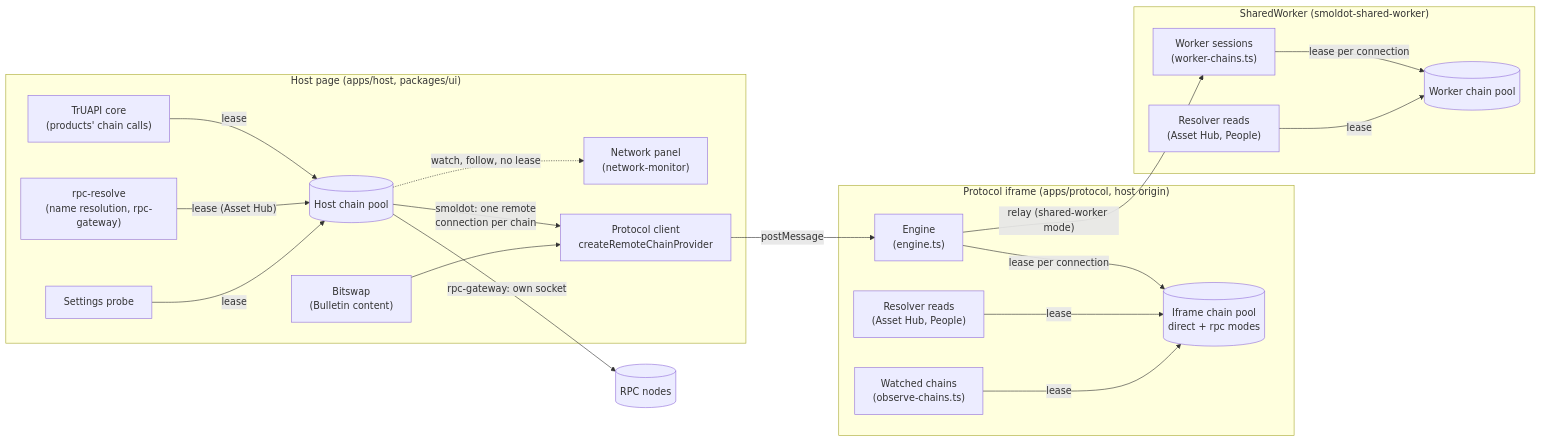
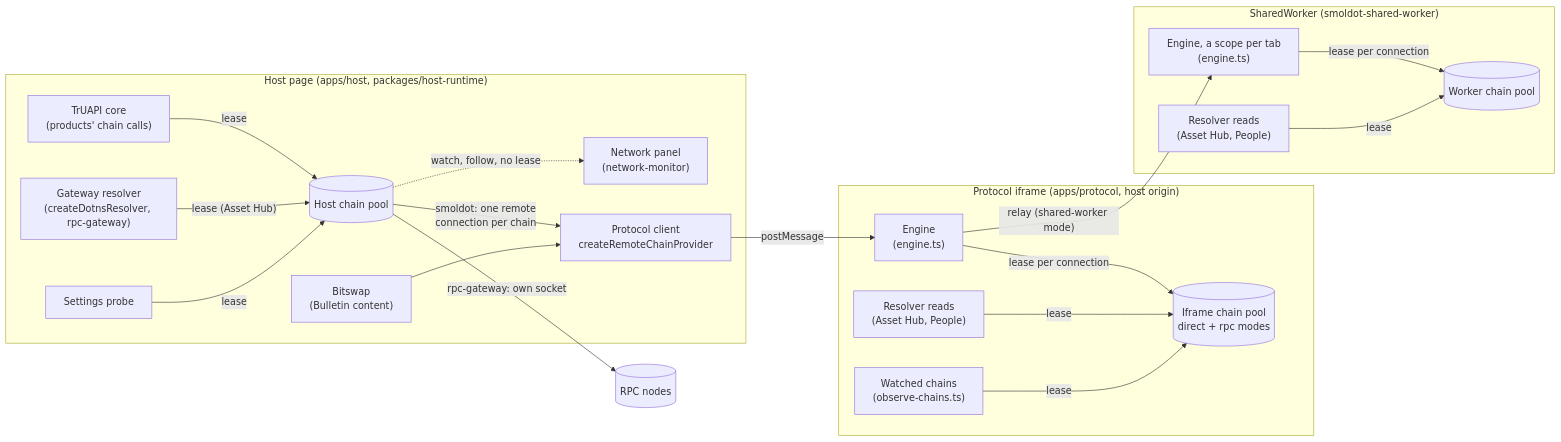
Before and after one commit to paritytech/dotli-community: the first of 7 diagrams in docs/chain-connections.md, drawn with Mermaid. The commit also changed other lines of this file and 1630 other files, not shown here.

````diff
--- a/docs/chain-connections.md
+++ b/docs/chain-connections.md
@@ -36,42 +36,42 @@
 ```mermaid
 flowchart LR
-  subgraph Host["Host page (apps/host, packages/ui)"]
+  subgraph Host["Host page (apps/host, packages/host-runtime)"]
     Core["TrUAPI core<br/>(products' chain calls)"]
-    RpcResolve["rpc-resolve<br/>(name resolution, rpc-gateway)"]
+    RpcResolve["Gateway resolver<br/>(createDotnsResolver, rpc-gateway)"]
     Panel["Network panel<br/>(network-monitor)"]
     Probe["Settings probe"]
     Bitswap["Bitswap<br/>(Bulletin content)"]
     Client["Protocol client<br/>createRemoteChainProvider"]
     HostPool[("Host chain pool")]
   end
 
   subgraph Iframe["Protocol iframe (apps/protocol, host origin)"]
     Engine["Engine<br/>(engine.ts)"]
     IframePool[("Iframe chain pool<br/>direct + rpc modes")]
     Resolver["Resolver reads<br/>(Asset Hub, People)"]
     Observe["Watched chains<br/>(observe-chains.ts)"]
   end
 
   subgraph Worker["SharedWorker (smoldot-shared-worker)"]
-    Sessions["Worker sessions<br/>(worker-chains.ts)"]
+    Sessions["Engine, a scope per tab<br/>(engine.ts)"]
     WorkerPool[("Worker chain pool")]
     WResolver["Resolver reads<br/>(Asset Hub, People)"]
   end
 
   Nodes[("RPC nodes")]
 
   Core -- lease --> HostPool
   RpcResolve -- "lease (Asset Hub)" --> HostPool
   HostPool -.->|"watch, follow, no lease"| Panel
   Probe -- lease --> HostPool
   HostPool -- "rpc-gateway: own socket" --> Nodes
   HostPool -- "smoldot: one remote<br/>connection per chain" --> Client
   Bitswap --> Client
   Client -- postMessage --> Engine
   Engine -- "lease per connection" --> IframePool
   Resolver -- lease --> IframePool
   Observe -- lease --> IframePool
   Engine -- "relay (shared-worker mode)" --> Sessions
   Sessions -- "lease per connection" --> WorkerPool
   WResolver -- lease --> WorkerPool
 ```
````
